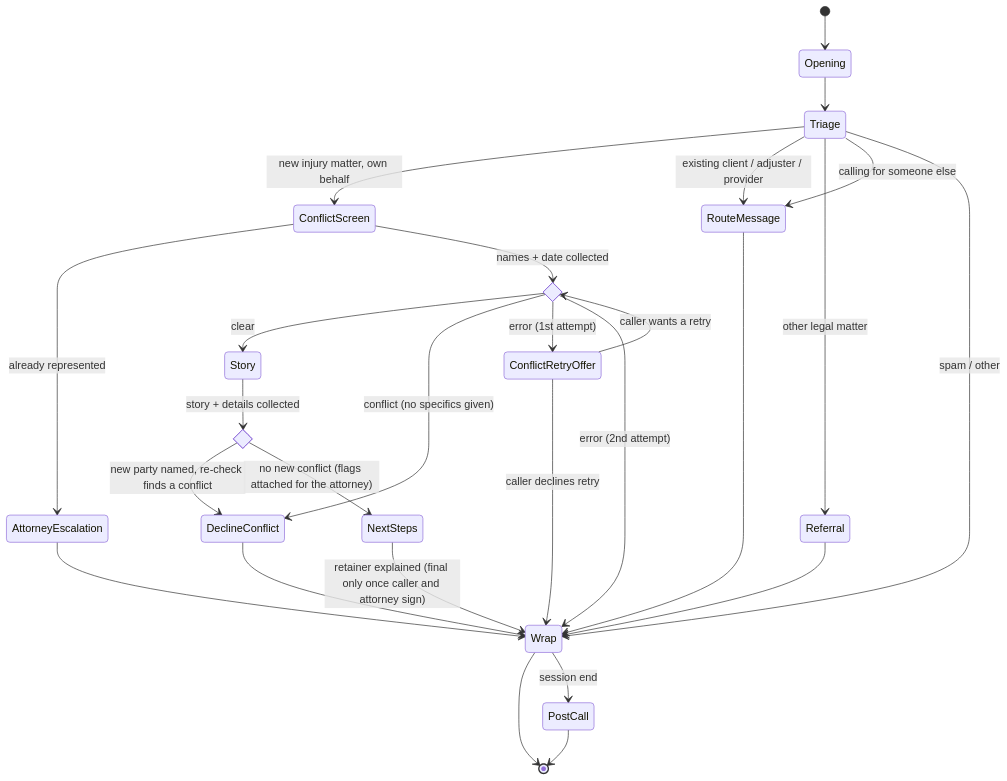
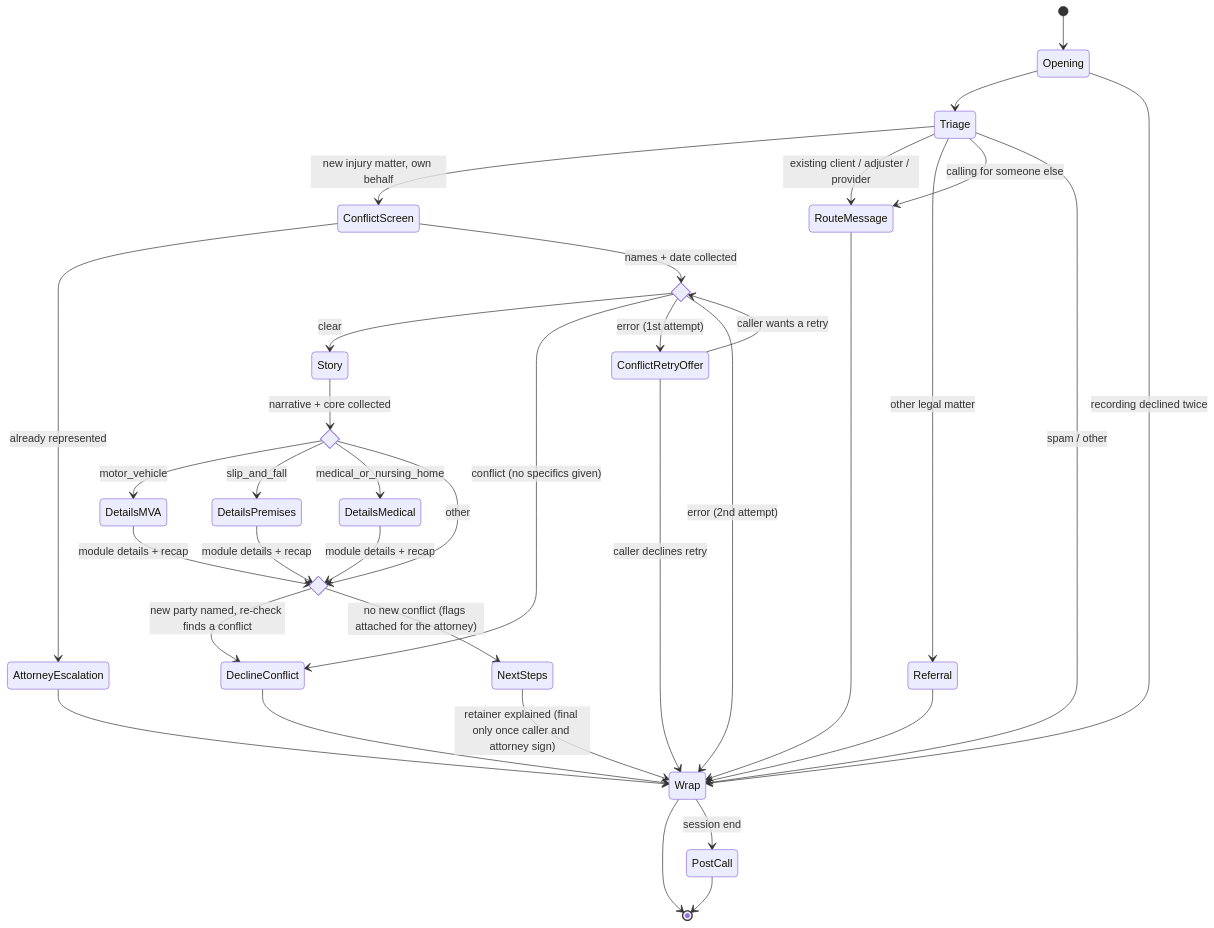
One commit to EliteBAM/Guava-Final-Round-Project changed the diagram in Documents/Legal Intake Specialist Agent Notes/MVP Flow Design.md. Above: the diagram before and after it, drawn with Mermaid. The commit also changed other lines of this file and 9 other files, not shown here.

````diff
--- a/Documents/Legal Intake Specialist Agent Notes/MVP Flow Design.md
+++ b/Documents/Legal Intake Specialist Agent Notes/MVP Flow Design.md
@@ -275,35 +286,44 @@
 ```mermaid
 stateDiagram-v2
     state conflict_check <<choice>>
     state qualify <<choice>>
+    state module <<choice>>
 
     [*] --> Opening
     Opening --> Triage
+    Opening --> Wrap: recording declined twice
     Triage --> ConflictScreen: new injury matter, own behalf
     Triage --> RouteMessage: existing client / adjuster / provider
     Triage --> Referral: other legal matter
     Triage --> RouteMessage: calling for someone else
     Triage --> Wrap: spam / other
 
     ConflictScreen --> AttorneyEscalation: already represented
     ConflictScreen --> conflict_check: names + date collected
     conflict_check --> Story: clear
     conflict_check --> DeclineConflict: conflict (no specifics given)
     conflict_check --> ConflictRetryOffer: error (1st attempt)
     conflict_check --> Wrap: error (2nd attempt)
     ConflictRetryOffer --> conflict_check: caller wants a retry
     ConflictRetryOffer --> Wrap: caller declines retry
 
-    Story --> qualify: story + details collected
+    Story --> module: narrative + core collected
+    module --> DetailsMVA: motor_vehicle
+    module --> DetailsPremises: slip_and_fall
+    module --> DetailsMedical: medical_or_nursing_home
+    module --> qualify: other
+    DetailsMVA --> qualify: module details + recap
+    DetailsPremises --> qualify: module details + recap
+    DetailsMedical --> qualify: module details + recap
     qualify --> DeclineConflict: new party named, re-check finds a conflict
     qualify --> NextSteps: no new conflict (flags attached for the attorney)
 
     NextSteps --> Wrap: retainer explained (final only once caller and attorney sign)
     Referral --> Wrap
     RouteMessage --> Wrap
     DeclineConflict --> Wrap
     AttorneyEscalation --> Wrap
     Wrap --> [*]
     Wrap --> PostCall: session end
     PostCall --> [*]
 ```
````
